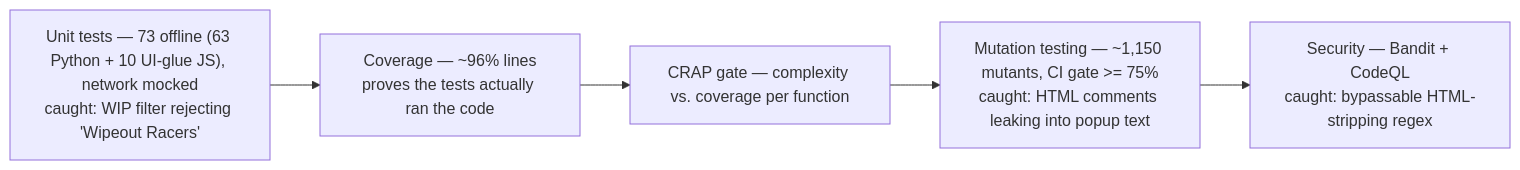
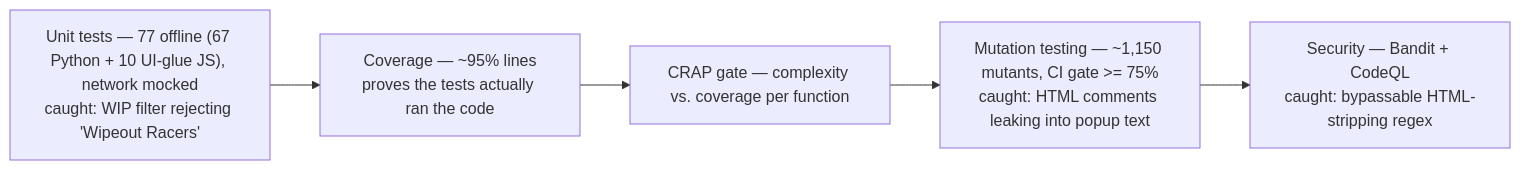
Before and after one commit to GuyKroizman/pico-8-widget: the fourth of 4 diagrams in docs/ARCHITECTURE.md, drawn with Mermaid. The commit also changed 5 other files, not shown here.

````diff
--- a/docs/ARCHITECTURE.md
+++ b/docs/ARCHITECTURE.md
@@ -153,9 +153,9 @@
 ```mermaid
 flowchart LR
-    A["Unit tests — 73 offline (63 Python + 10 UI-glue JS), network mocked<br/>caught: WIP filter rejecting 'Wipeout Racers'"]
-    B["Coverage — ~96% lines<br/>proves the tests actually ran the code"]
+    A["Unit tests — 77 offline (67 Python + 10 UI-glue JS), network mocked<br/>caught: WIP filter rejecting 'Wipeout Racers'"]
+    B["Coverage — ~95% lines<br/>proves the tests actually ran the code"]
     C["CRAP gate — complexity vs. coverage per function"]
     D["Mutation testing — ~1,150 mutants, CI gate &gt;= 75%<br/>caught: HTML comments leaking into popup text"]
     E["Security — Bandit + CodeQL<br/>caught: bypassable HTML-stripping regex"]
     A --> B --> C --> D --> E
 ```
````
